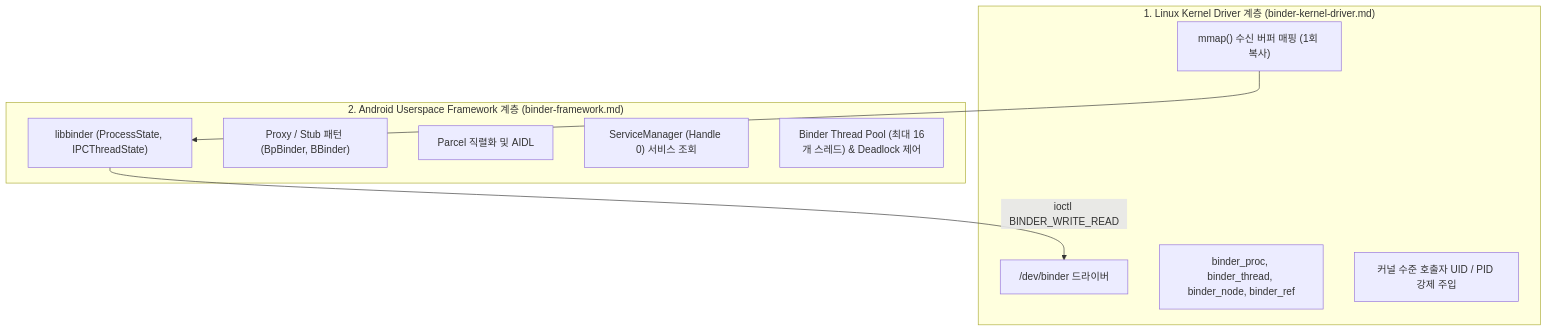
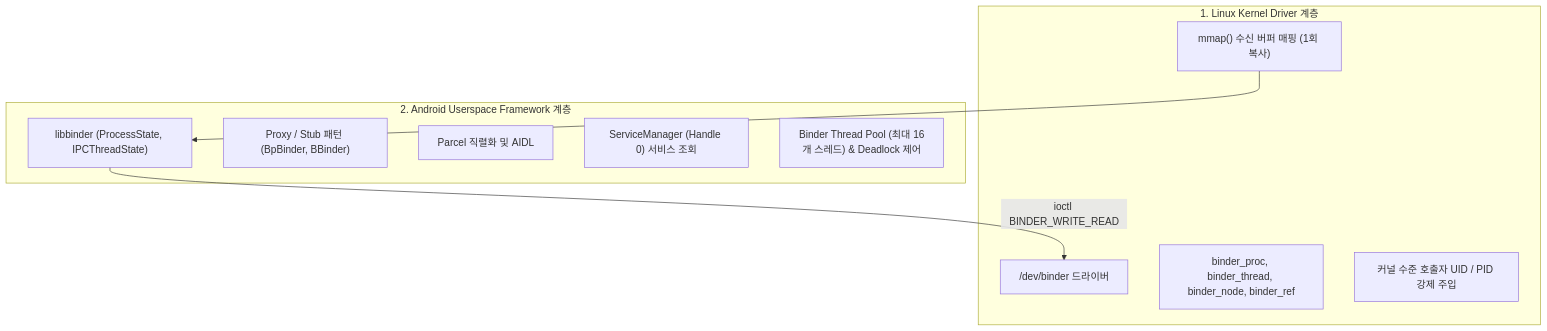
Before and after one commit to youngmin-gwon/what-i-studied: the diagram in 01_inbox/mobile/android/01_system_internals/binder-ipc.md, drawn with Mermaid. The commit also changed other lines of this file and 7 other files, not shown here.

````diff
--- a/01_inbox/mobile/android/01_system_internals/binder-ipc.md
+++ b/01_inbox/mobile/android/01_system_internals/binder-ipc.md
@@ -18,20 +18,20 @@
 ```mermaid
 flowchart TD
-    subgraph "1. Linux Kernel Driver 계층 (binder-kernel-driver.md)"
+    subgraph "1. Linux Kernel Driver 계층"
         Driver["/dev/binder 드라이버"]
         Mmap["mmap() 수신 버퍼 매핑 (1회 복사)"]
         KernelStruct["binder_proc, binder_thread, binder_node, binder_ref"]
         Security["커널 수준 호출자 UID / PID 강제 주입"]
     end
 
-    subgraph "2. Android Userspace Framework 계층 (binder-framework.md)"
+    subgraph "2. Android Userspace Framework 계층"
         Native["libbinder (ProcessState, IPCThreadState)"]
         Pattern["Proxy / Stub 패턴 (BpBinder, BBinder)"]
         Data["Parcel 직렬화 및 AIDL"]
         Discovery["ServiceManager (Handle 0) 서비스 조회"]
         Threads["Binder Thread Pool (최대 16개 스레드) & Deadlock 제어"]
     end
 
     Native -->|ioctl BINDER_WRITE_READ| Driver
     Mmap --> Native
 ```
````
